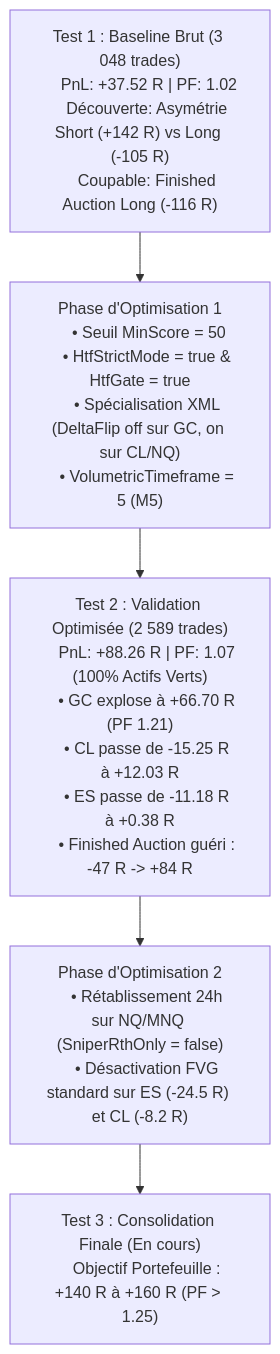
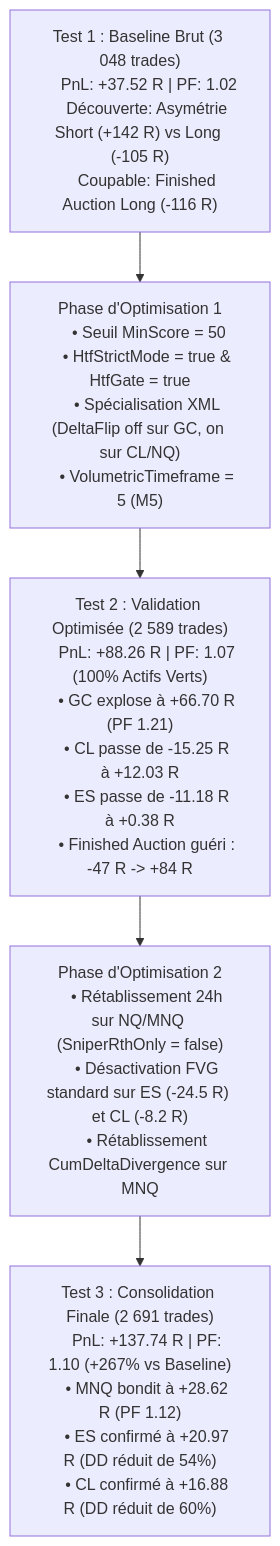
One commit to amc-pro/AMC-V8 changed the diagram in README.md. Above: the diagram before and after it, drawn with Mermaid. The commit also changed other lines of this file and 1 other file, not shown here.

````diff
--- a/README.md
+++ b/README.md
@@ -254,22 +254,26 @@
 ```mermaid
 graph TD
     T1["Test 1 : Baseline Brut (3 048 trades)
     PnL: +37.52 R | PF: 1.02
     Découverte: Asymétrie Short (+142 R) vs Long (-105 R)
     Coupable: Finished Auction Long (-116 R)"] --> OPT1["Phase d'Optimisation 1
     • Seuil MinScore = 50
     • HtfStrictMode = true & HtfGate = true
     • Spécialisation XML (DeltaFlip off sur GC, on sur CL/NQ)
     • VolumetricTimeframe = 5 (M5)"]
     OPT1 --> T2["Test 2 : Validation Optimisée (2 589 trades)
     PnL: +88.26 R | PF: 1.07 (100% Actifs Verts)
     • GC explose à +66.70 R (PF 1.21)
     • CL passe de -15.25 R à +12.03 R
     • ES passe de -11.18 R à +0.38 R
     • Finished Auction guéri : -47 R -> +84 R"]
     T2 --> OPT2["Phase d'Optimisation 2
     • Rétablissement 24h sur NQ/MNQ (SniperRthOnly = false)
-    • Désactivation FVG standard sur ES (-24.5 R) et CL (-8.2 R)"]
-    OPT2 --> T3["Test 3 : Consolidation Finale (En cours)
-    Objectif Portefeuille : +140 R à +160 R (PF > 1.25)"]
+    • Désactivation FVG standard sur ES (-24.5 R) et CL (-8.2 R)
+    • Rétablissement CumDeltaDivergence sur MNQ"]
+    OPT2 --> T3["Test 3 : Consolidation Finale (2 691 trades)
+    PnL: +137.74 R | PF: 1.10 (+267% vs Baseline)
+    • MNQ bondit à +28.62 R (PF 1.12)
+    • ES confirmé à +20.97 R (DD réduit de 54%)
+    • CL confirmé à +16.88 R (DD réduit de 60%)"]
 ```
````
